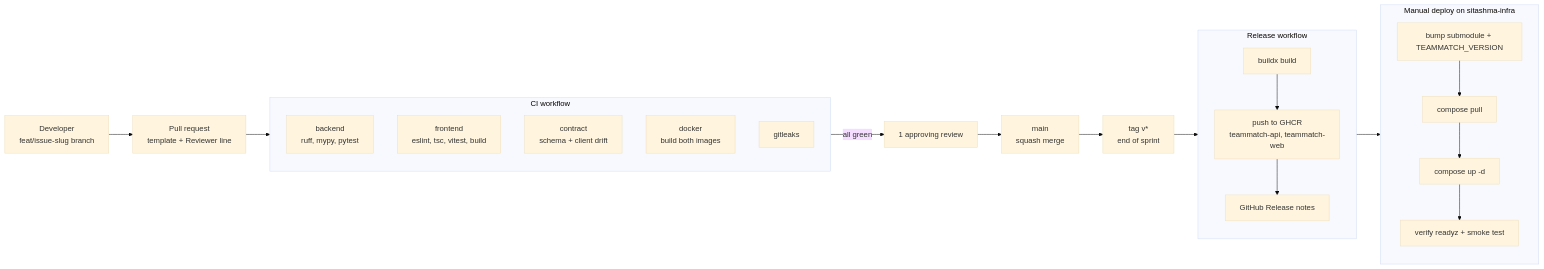
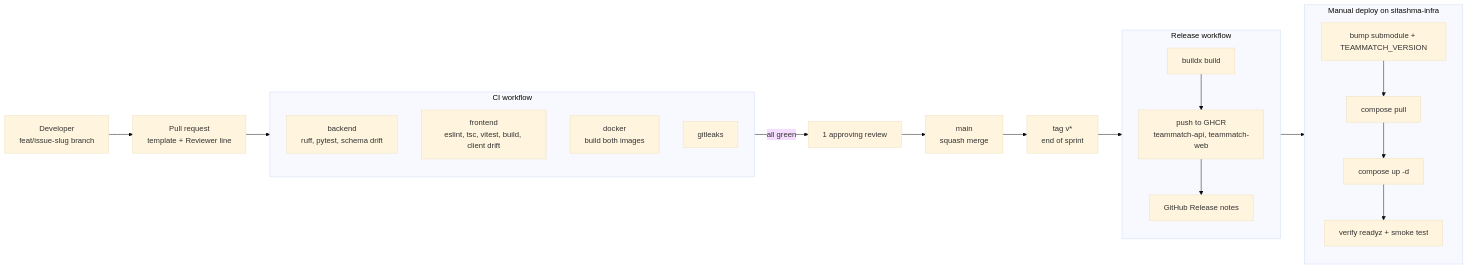
One commit to season101/teammatch changed the second of 2 diagrams in docs/architecture/cicd.md. Above: the diagram before and after it, drawn with Mermaid (base theme). The commit also changed other lines of this file and 2 other files, not shown here.

````diff
--- a/docs/architecture/cicd.md
+++ b/docs/architecture/cicd.md
@@ -100,37 +100,36 @@
 ```mermaid
 flowchart LR
     dev["Developer<br/>feat/issue-slug branch"]
     pr["Pull request<br/>template + Reviewer line"]
 
     subgraph ci ["CI workflow"]
         direction TB
-        be["backend<br/>ruff, mypy, pytest"]
-        fe["frontend<br/>eslint, tsc, vitest, build"]
-        ct["contract<br/>schema + client drift"]
+        be["backend<br/>ruff, pytest, schema drift"]
+        fe["frontend<br/>eslint, tsc, vitest, build, client drift"]
         dk["docker<br/>build both images"]
         gl["gitleaks"]
     end
 
     review["1 approving review"]
     main["main<br/>squash merge"]
     tag["tag v*<br/>end of sprint"]
 
     subgraph rel ["Release workflow"]
         direction TB
         build["buildx build"]
         ghcr["push to GHCR<br/>teammatch-api, teammatch-web"]
         notes["GitHub Release notes"]
     end
 
     subgraph deploy ["Manual deploy on sitashma-infra"]
         direction TB
         bump["bump submodule + TEAMMATCH_VERSION"]
         pull["compose pull"]
         up["compose up -d"]
         verify["verify readyz + smoke test"]
     end
 
     dev --> pr --> ci
     ci -->|"all green"| review --> main --> tag --> build --> ghcr --> notes
     ghcr --> bump --> pull --> up --> verify
 ```
````
